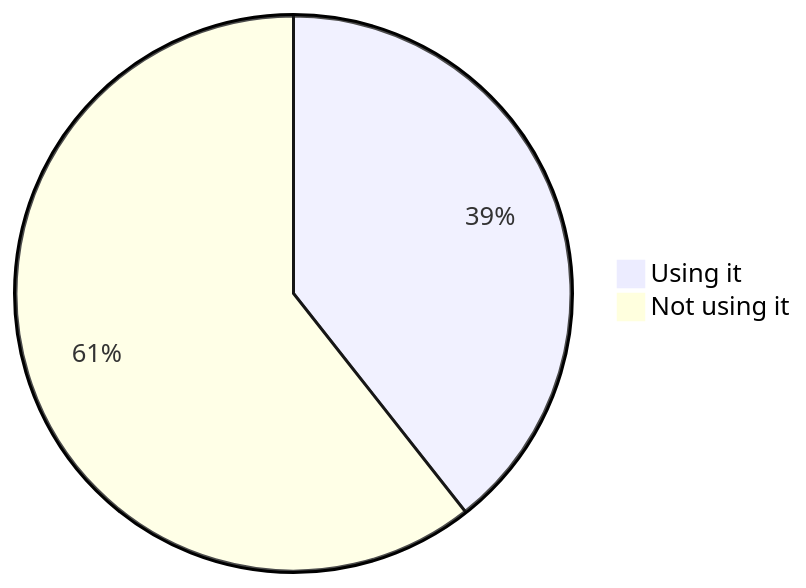
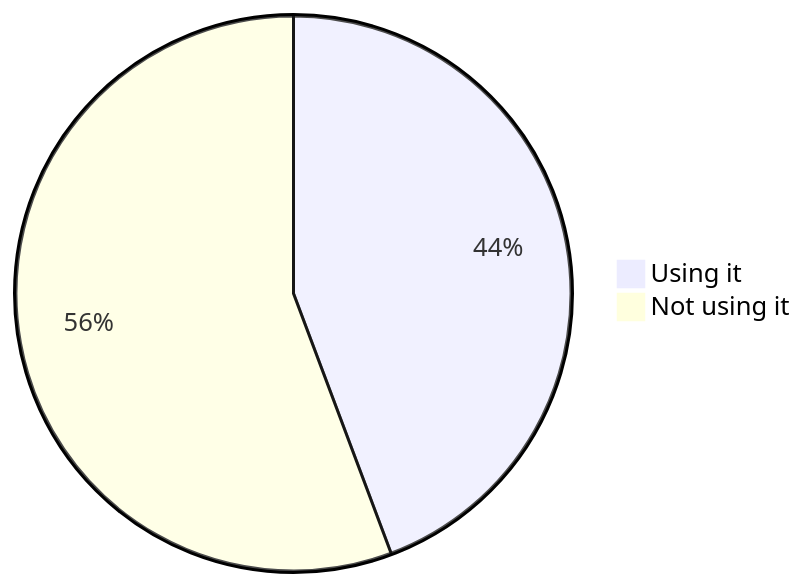
The first of 18 diagrams in stats.md (oshp/oshp-stats), drawn with Mermaid before and after one commit. The commit also changed other lines of this file and 1 other file, not shown here.

````diff
--- a/stats.md
+++ b/stats.md
@@ -8,6 +8,6 @@
 ```mermaid
 pie
-	"Using it" : 39.38
-	"Not using it" : 60.62
+	"Using it" : 44.28
+	"Not using it" : 55.72
 
 ```
````
